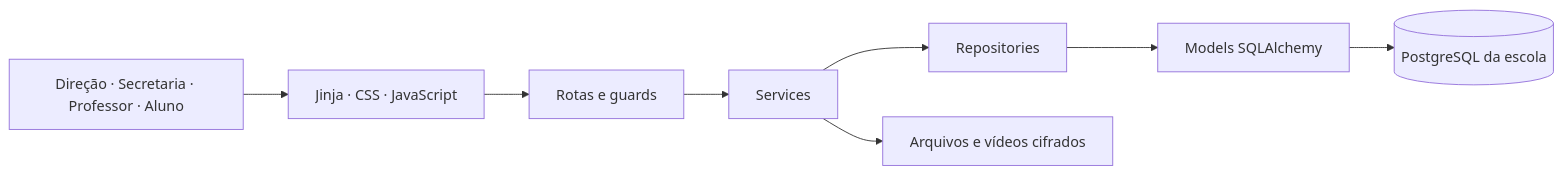
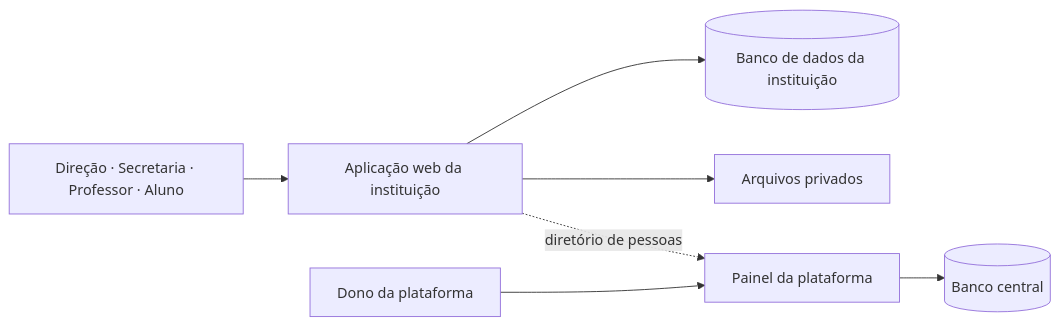
One commit to robertoqimin/edufast-2.0 changed the diagram in README.md. Above: the diagram before and after it, drawn with Mermaid. The commit also changed other lines of this file and 1 other file, not shown here.

````diff
--- a/README.md
+++ b/README.md
@@ -203,10 +128,9 @@
 ```mermaid
 flowchart LR
-    U[Direção · Secretaria · Professor · Aluno] --> UI[Jinja · CSS · JavaScript]
-    UI --> R[Rotas e guards]
-    R --> S[Services]
-    S --> Rep[Repositories]
-    Rep --> M[Models SQLAlchemy]
-    M --> DB[(PostgreSQL da escola)]
-    S --> F[Arquivos e vídeos cifrados]
+    U[Direção · Secretaria · Professor · Aluno] --> W[Aplicação web da instituição]
+    W --> D[(Banco de dados da instituição)]
+    W --> A[Arquivos privados]
+    P[Dono da plataforma] --> C[Painel da plataforma]
+    C --> DC[(Banco central)]
+    W -. diretório de pessoas .-> C
 ```
````
